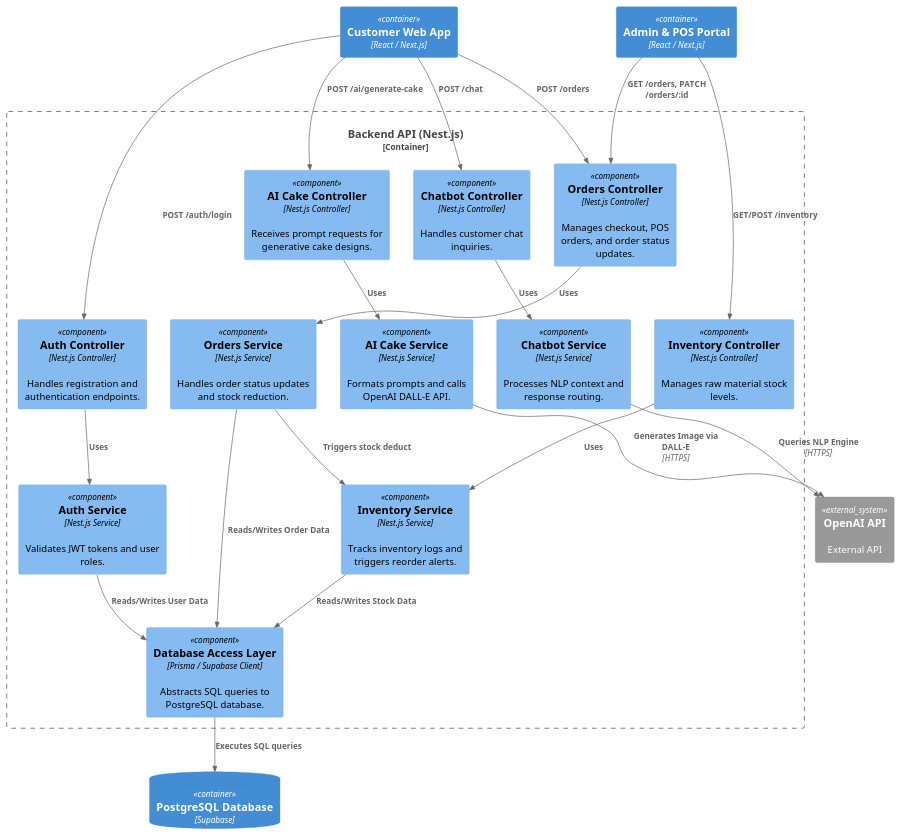
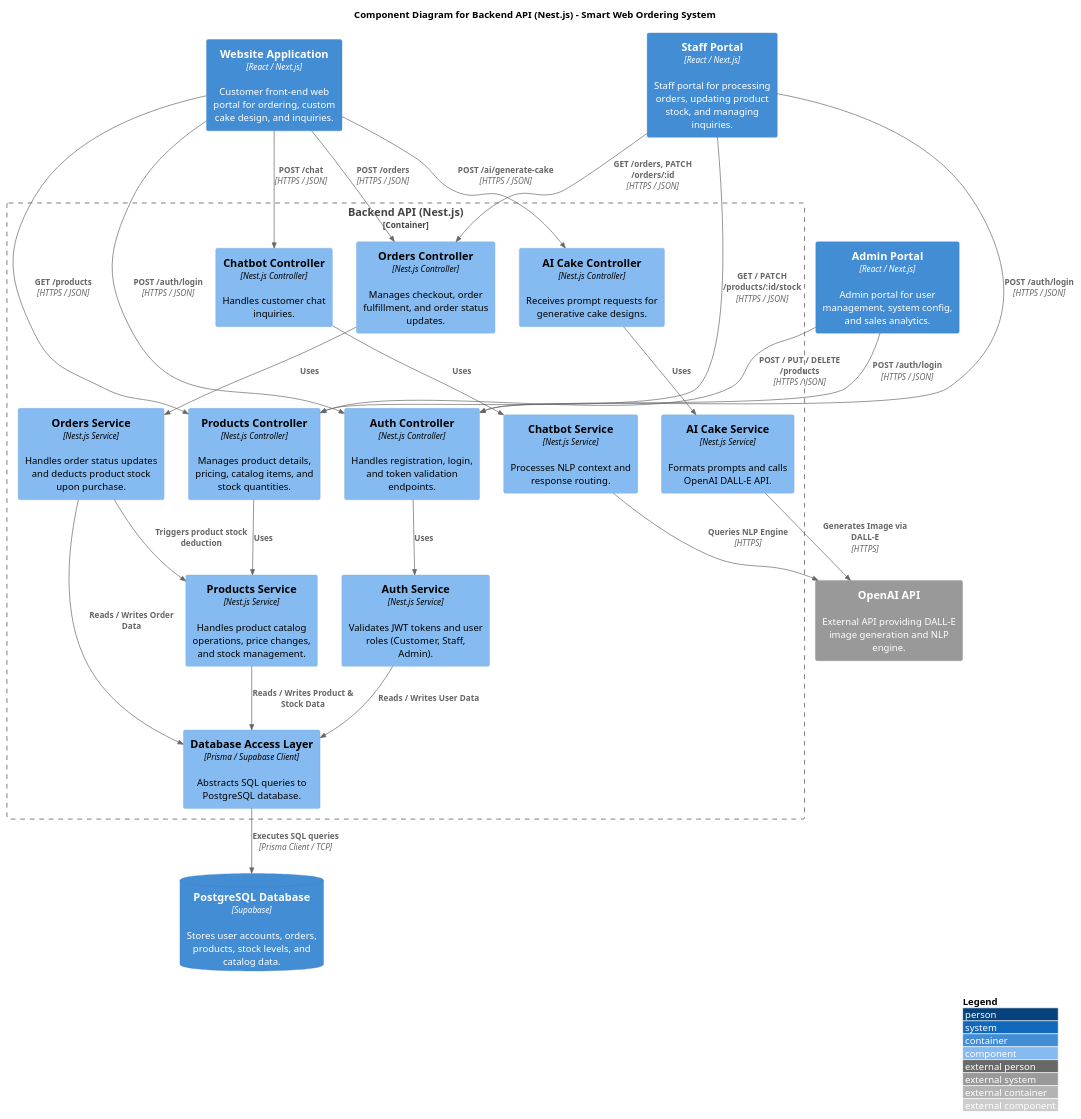
Before and after one commit to APC-SoCIT/APC-2026-2027-T1-IT241-Grp7-Smart-Web-Order-System-for-Mama-Co: the diagram in PBL/MSYADD/COMPONENT DIAGRAM.puml, drawn with PlantUML.

Commit message:
Revise component diagram for Smart Web Ordering System
Updated component diagram to include new containers and services for the Smart Web Ordering System, enhancing clarity on the architecture and interactions.

```diff
--- a/PBL/MSYADD/COMPONENT DIAGRAM.puml
+++ b/PBL/MSYADD/COMPONENT DIAGRAM.puml
@@ -1,51 +1,69 @@
-@startuml ComponentDiagram
+@startuml
 !include https://raw.githubusercontent.com/plantuml-stdlib/C4-PlantUML/master/C4_Component.puml
 
-Container(customerApp, "Customer Web App", "React / Next.js")
-Container(adminApp, "Admin & POS Portal", "React / Next.js")
-ContainerDb(database, "PostgreSQL Database", "Supabase")
-System_Ext(openai, "OpenAI API", "External API")
+LAYOUT_WITH_LEGEND()
 
-Container_Boundary(api, "Backend API (Nest.js)") {
-    Component(authCtrl, "Auth Controller", "Nest.js Controller", "Handles registration and authentication endpoints.")
-    Component(authSvc, "Auth Service", "Nest.js Service", "Validates JWT tokens and user roles.")
-    
-    Component(orderCtrl, "Orders Controller", "Nest.js Controller", "Manages checkout, POS orders, and order status updates.")
-    Component(orderSvc, "Orders Service", "Nest.js Service", "Handles order status updates and stock reduction.")
-    
-    Component(aiCtrl, "AI Cake Controller", "Nest.js Controller", "Receives prompt requests for generative cake designs.")
-    Component(aiSvc, "AI Cake Service", "Nest.js Service", "Formats prompts and calls OpenAI DALL-E API.")
-    
-    Component(chatCtrl, "Chatbot Controller", "Nest.js Controller", "Handles customer chat inquiries.")
-    Component(chatSvc, "Chatbot Service", "Nest.js Service", "Processes NLP context and response routing.")
-    
-    Component(invCtrl, "Inventory Controller", "Nest.js Controller", "Manages raw material stock levels.")
-    Component(invSvc, "Inventory Service", "Nest.js Service", "Tracks inventory logs and triggers reorder alerts.")
-    
-    Component(orm, "Database Access Layer", "Prisma / Supabase Client", "Abstracts SQL queries to PostgreSQL database.")
+title Component Diagram for Backend API (Nest.js) - Smart Web Ordering System
+
+' External Containers
+Container(website_app, "Website Application", "React / Next.js", "Customer front-end web portal for ordering, custom cake design, and inquiries.")
+Container(staff_portal, "Staff Portal", "React / Next.js", "Staff portal for processing orders, updating product stock, and managing inquiries.")
+Container(admin_portal, "Admin Portal", "React / Next.js", "Admin portal for user management, system config, and sales analytics.")
+
+ContainerDb(postgres_db, "PostgreSQL Database", "Supabase", "Stores user accounts, orders, products, stock levels, and catalog data.")
+System_Ext(openai_api, "OpenAI API", "External API providing DALL-E image generation and NLP engine.")
+
+' Backend API Container Boundary
+Container_Boundary(backend_api, "Backend API (Nest.js)") {
+
+    ' Controllers
+    Component(auth_controller, "Auth Controller", "Nest.js Controller", "Handles registration, login, and token validation endpoints.")
+    Component(ai_cake_controller, "AI Cake Controller", "Nest.js Controller", "Receives prompt requests for generative cake designs.")
+    Component(chatbot_controller, "Chatbot Controller", "Nest.js Controller", "Handles customer chat inquiries.")
+    Component(orders_controller, "Orders Controller", "Nest.js Controller", "Manages checkout, order fulfillment, and order status updates.")
+    Component(products_controller, "Products Controller", "Nest.js Controller", "Manages product details, pricing, catalog items, and stock quantities.")
+
+    ' Services
+    Component(auth_service, "Auth Service", "Nest.js Service", "Validates JWT tokens and user roles (Customer, Staff, Admin).")
+    Component(orders_service, "Orders Service", "Nest.js Service", "Handles order status updates and deducts product stock upon purchase.")
+    Component(ai_cake_service, "AI Cake Service", "Nest.js Service", "Formats prompts and calls OpenAI DALL-E API.")
+    Component(chatbot_service, "Chatbot Service", "Nest.js Service", "Processes NLP context and response routing.")
+    Component(products_service, "Products Service", "Nest.js Service", "Handles product catalog operations, price changes, and stock management.")
+
+    ' Database Layer
+    Component(db_access_layer, "Database Access Layer", "Prisma / Supabase Client", "Abstracts SQL queries to PostgreSQL database.")
 }
 
-Rel(customerApp, authCtrl,"POST /auth/login")
-Rel(customerApp, orderCtrl,"POST /orders")
-Rel(customerApp, aiCtrl,"POST /ai/generate-cake")
-Rel(customerApp, chatCtrl,"POST /chat")
+' Frontend to controller relations
+Rel(website_app, auth_controller, "POST /auth/login", "HTTPS / JSON")
+Rel(website_app, ai_cake_controller, "POST /ai/generate-cake", "HTTPS / JSON")
+Rel(website_app, chatbot_controller, "POST /chat", "HTTPS / JSON")
+Rel(website_app, orders_controller, "POST /orders", "HTTPS / JSON")
+Rel(website_app, products_controller, "GET /products", "HTTPS / JSON")
 
-Rel(adminApp, orderCtrl,"GET /orders, PATCH /orders/:id")
-Rel(adminApp, invCtrl,"GET/POST /inventory")
+Rel(staff_portal, auth_controller, "POST /auth/login", "HTTPS / JSON")
+Rel(staff_portal, orders_controller, "GET /orders, PATCH /orders/:id", "HTTPS / JSON")
+Rel(staff_portal, products_controller, "GET / PATCH /products/:id/stock", "HTTPS / JSON")
 
-Rel(authCtrl, authSvc,"Uses")
-Rel(orderCtrl, orderSvc,"Uses")
-Rel(aiCtrl, aiSvc,"Uses")
-Rel(chatCtrl, chatSvc,"Uses")
-Rel(invCtrl, invSvc,"Uses")
+Rel(admin_portal, auth_controller, "POST /auth/login", "HTTPS / JSON")
+Rel(admin_portal, products_controller, "POST / PUT / DELETE /products", "HTTPS / JSON")
 
-Rel(orderSvc, invSvc, "Triggers stock deduct")
-Rel(aiSvc, openai, "Generates Image via DALL-E", "HTTPS")
-Rel(chatSvc, openai, "Queries NLP Engine", "HTTPS")
+' Controller to service relations
+Rel(auth_controller, auth_service, "Uses")
+Rel(ai_cake_controller, ai_cake_service, "Uses")
+Rel(chatbot_controller, chatbot_service, "Uses")
+Rel(orders_controller, orders_service, "Uses")
+Rel(products_controller, products_service, "Uses")
 
-Rel(authSvc, orm, "Reads/Writes User Data")
-Rel(orderSvc, orm, "Reads/Writes Order Data")
-Rel(invSvc, orm, "Reads/Writes Stock Data")
-Rel(orm, database, "Executes SQL queries")
+' Service interaction & database relations
+Rel(auth_service, db_access_layer, "Reads / Writes User Data")
+Rel(orders_service, db_access_layer, "Reads / Writes Order Data")
+Rel(orders_service, products_service, "Triggers product stock deduction")
+Rel(products_service, db_access_layer, "Reads / Writes Product & Stock Data")
+
+' External integrations & database execution
+Rel(ai_cake_service, openai_api, "Generates Image via DALL-E", "HTTPS")
+Rel(chatbot_service, openai_api, "Queries NLP Engine", "HTTPS")
+Rel(db_access_layer, postgres_db, "Executes SQL queries", "Prisma Client / TCP")
 
 @enduml
```
